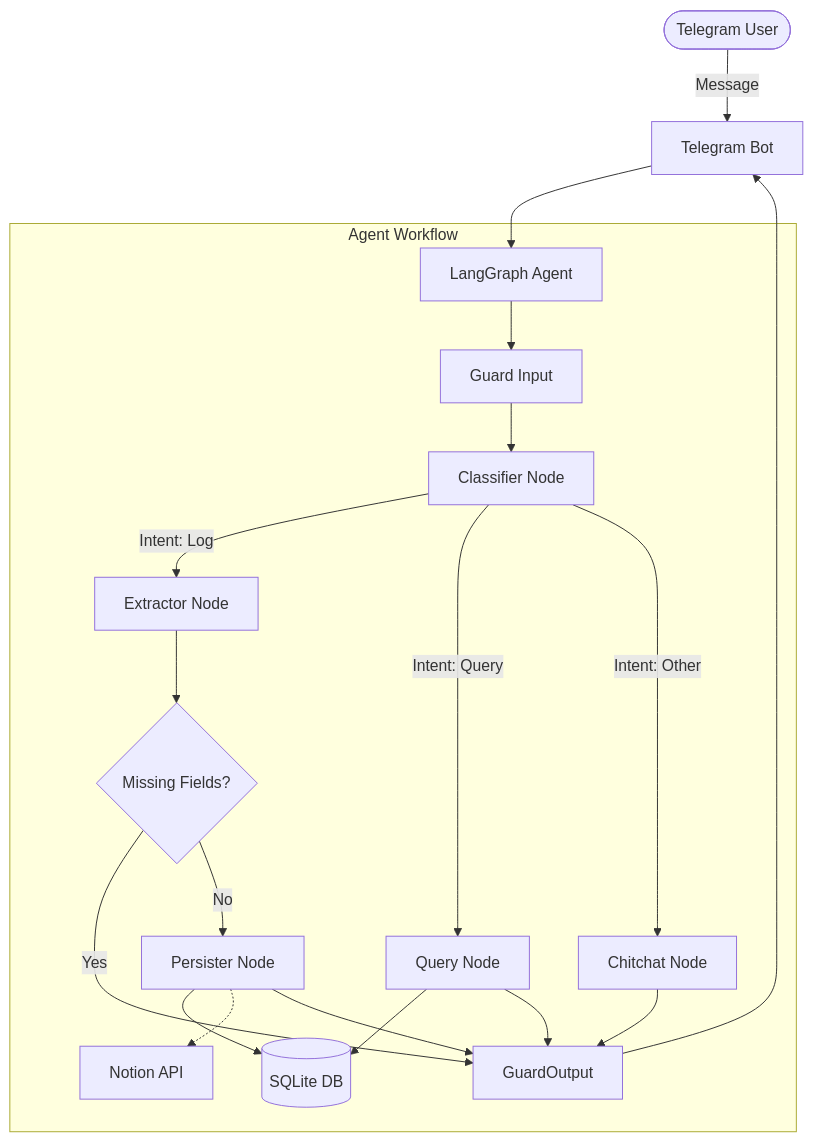
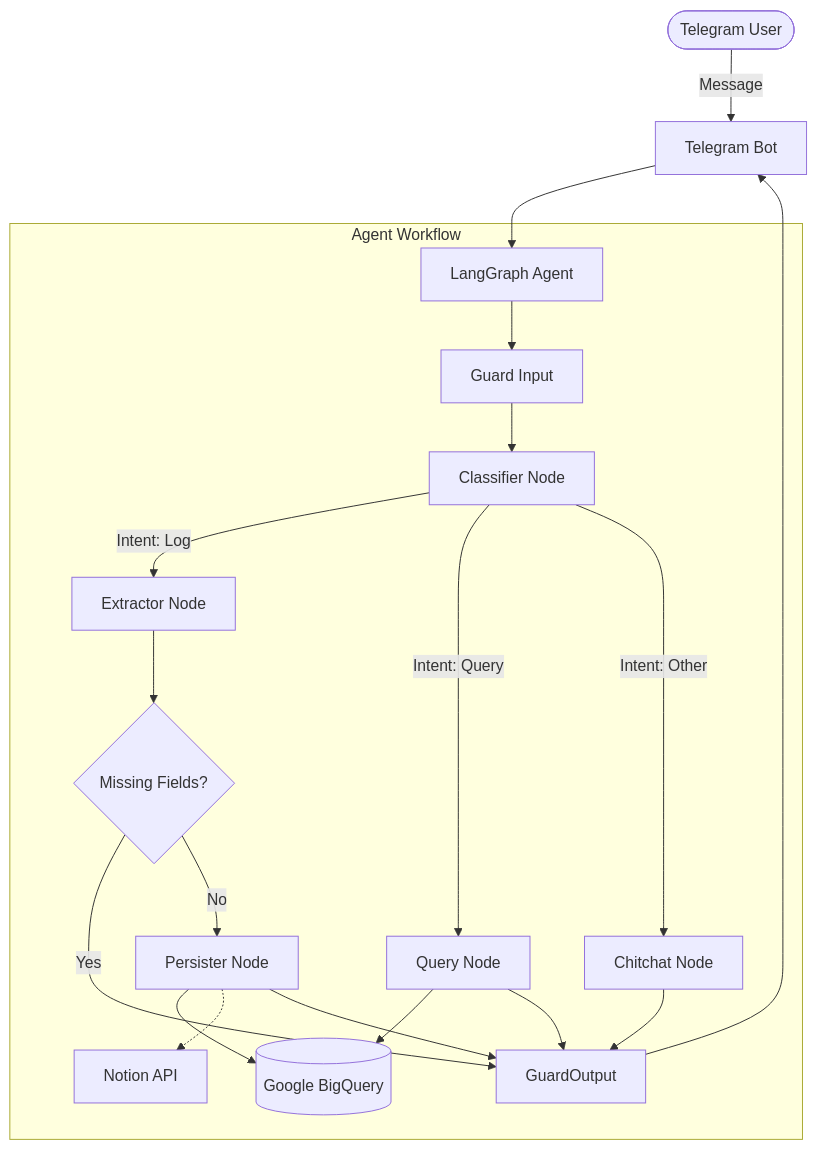
Before and after one commit to vaibhavd030/My-Tele-PA: the diagram in README.md, drawn with Mermaid. The commit also changed other lines of this file and 21 other files, not shown here.

Commit message:
feat: Migrate to Google BigQuery + Fix Tests

````diff
--- a/README.md
+++ b/README.md
@@ -30,28 +31,28 @@
 ```mermaid
 graph TD
     User([Telegram User]) -->|Message| Bot[Telegram Bot]
     Bot --> Graph[LangGraph Agent]
     
     subgraph Agent Workflow
         Graph --> GuardInput[Guard Input]
         GuardInput --> Classify[Classifier Node]
         
         Classify -- "Intent: Log" --> Extract[Extractor Node]
         Classify -- "Intent: Query" --> Query[Query Node]
         Classify -- "Intent: Other" --> Chitchat[Chitchat Node]
         
         Extract --> CheckMissing{Missing Fields?}
         CheckMissing -- "Yes" --> GuardOutput
         CheckMissing -- "No" --> Persist[Persister Node]
         
-        Persist --> Storage[(SQLite DB)]
+        Persist --> Storage[(Google BigQuery)]
         Persist -.-> Notion[Notion API]
         
         Query --> Storage
         Query --> GuardOutput
         Chitchat --> GuardOutput
         Persist --> GuardOutput
     end
     
     GuardOutput --> Bot
 ```
````
